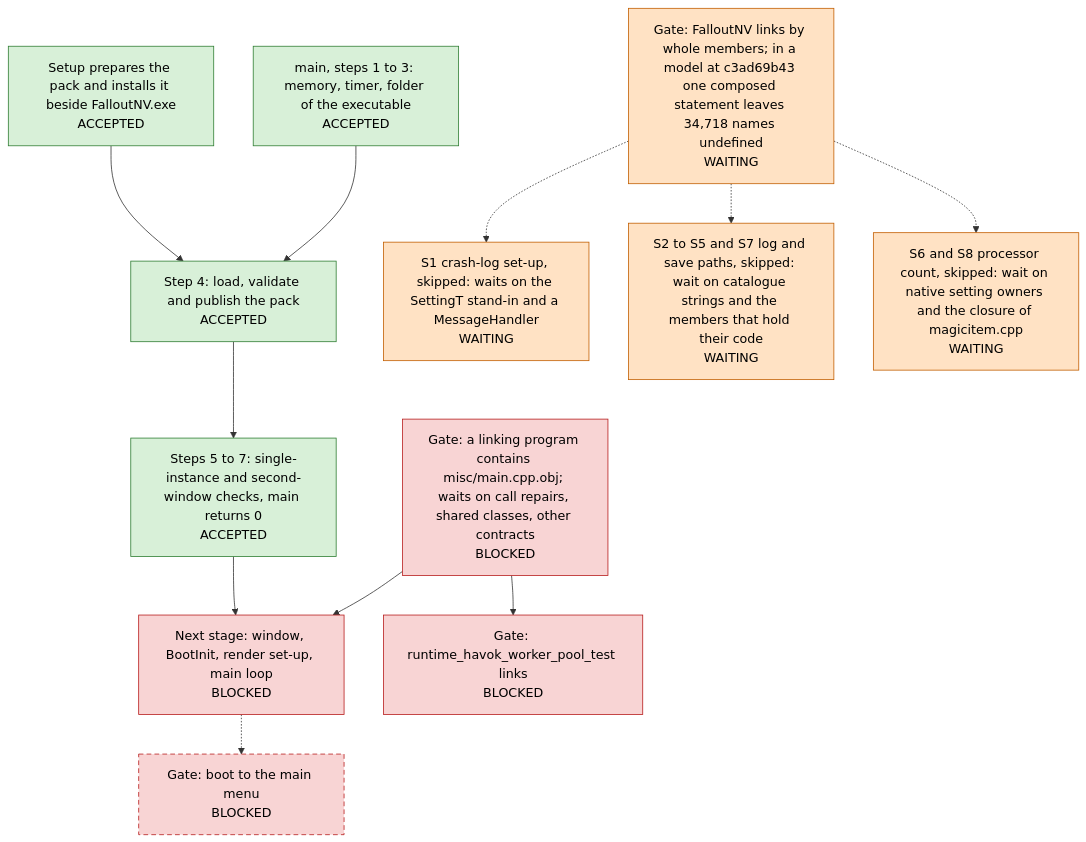
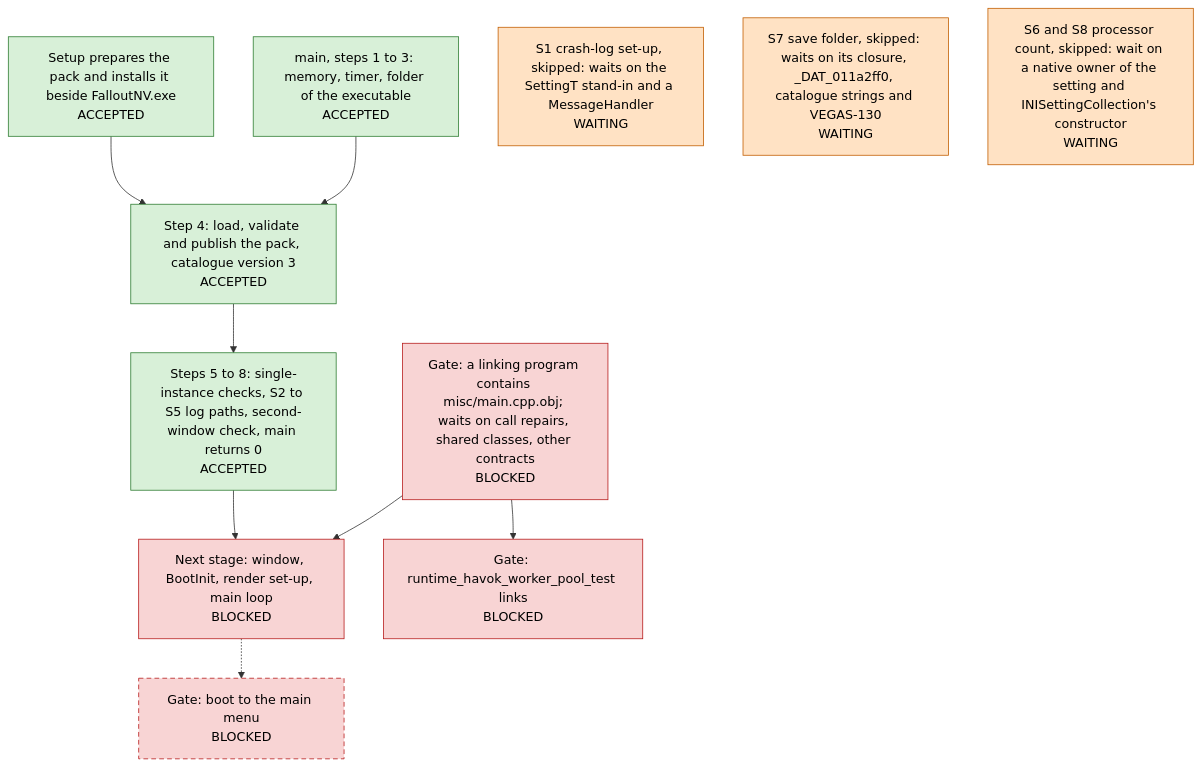
One commit to Reilley64/vegas changed the diagram in README.md. Above: the diagram before and after it, drawn with Mermaid. The commit also changed other lines of this file and 2 other files, not shown here.

First paragraph of the commit message:
docs: refresh the startup map at 60edb2e9a (VEGAS-30)
The snapshot moves from 1e23468c4 to 60edb2e9a, with the ticket states
of 2026-11-14 and Windows CI run 43568497782, where 315 of 316 tests
pass and runtime.havok_worker_pool is Not Run because its link fails.

````diff
--- a/README.md
+++ b/README.md
@@ -11,33 +11,29 @@
 ```mermaid
 flowchart TB
   setup["Setup prepares the pack and installs it beside FalloutNV.exe<br/>ACCEPTED"]
   main_start["main, steps 1 to 3: memory, timer, folder of the executable<br/>ACCEPTED"]
-  main_pack["Step 4: load, validate and publish the pack<br/>ACCEPTED"]
-  main_checks["Steps 5 to 7: single-instance and second-window checks, main returns 0<br/>ACCEPTED"]
-  gate_whole["Gate: FalloutNV links by whole members; in a model at c3ad69b43 one composed statement leaves 34,718 names undefined<br/>WAITING"]
+  main_pack["Step 4: load, validate and publish the pack, catalogue version 3<br/>ACCEPTED"]
+  main_checks["Steps 5 to 8: single-instance checks, S2 to S5 log paths, second-window check, main returns 0<br/>ACCEPTED"]
   skip_s1["S1 crash-log set-up, skipped: waits on the SettingT stand-in and a MessageHandler<br/>WAITING"]
-  skip_paths["S2 to S5 and S7 log and save paths, skipped: wait on catalogue strings and the members that hold their code<br/>WAITING"]
-  skip_cpu["S6 and S8 processor count, skipped: wait on native setting owners and the closure of magicitem.cpp<br/>WAITING"]
+  skip_s7["S7 save folder, skipped: waits on its closure, _DAT_011a2ff0, catalogue strings and VEGAS-130<br/>WAITING"]
+  skip_cpu["S6 and S8 processor count, skipped: wait on a native owner of the setting and INISettingCollection's constructor<br/>WAITING"]
   next["Next stage: window, BootInit, render set-up, main loop<br/>BLOCKED"]
   gate_main_obj["Gate: a linking program contains misc/main.cpp.obj; waits on call repairs, shared classes, other contracts<br/>BLOCKED"]
   gate_engine["Gate: runtime_havok_worker_pool_test links<br/>BLOCKED"]
   gate_menu["Gate: boot to the main menu<br/>BLOCKED"]
   setup --> main_pack
   main_start --> main_pack
   main_pack --> main_checks
-  gate_whole -.-> skip_s1
-  gate_whole -.-> skip_paths
-  gate_whole -.-> skip_cpu
   gate_main_obj --> next
   gate_main_obj --> gate_engine
   main_checks --> next
   next -.-> gate_menu
   classDef accepted fill:#d8f0d8,stroke:#2e7d32,color:#000
   class setup,main_start,main_pack,main_checks accepted
   classDef waiting fill:#ffe2c4,stroke:#c25e00,color:#000
-  class gate_whole,skip_s1,skip_paths,skip_cpu waiting
+  class skip_s1,skip_s7,skip_cpu waiting
   classDef blocked fill:#f8d4d4,stroke:#b71c1c,color:#000
   class next,gate_main_obj,gate_engine,gate_menu blocked
   classDef curated stroke-dasharray:6 4
   class gate_menu curated
 ```
````
